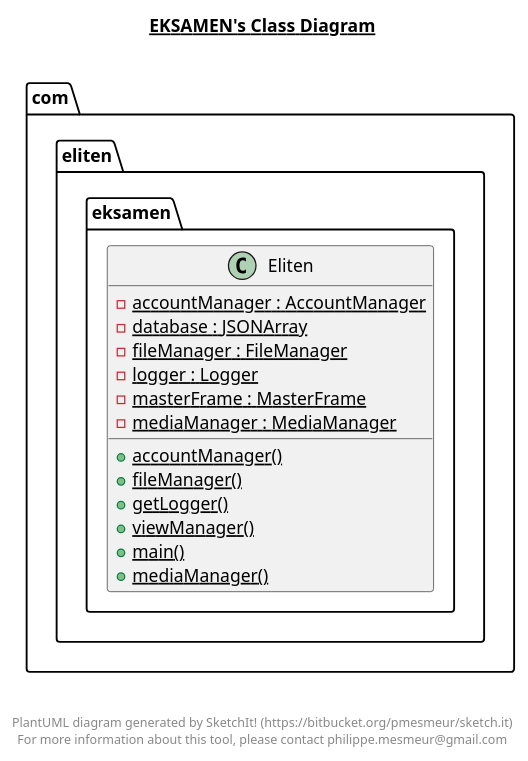
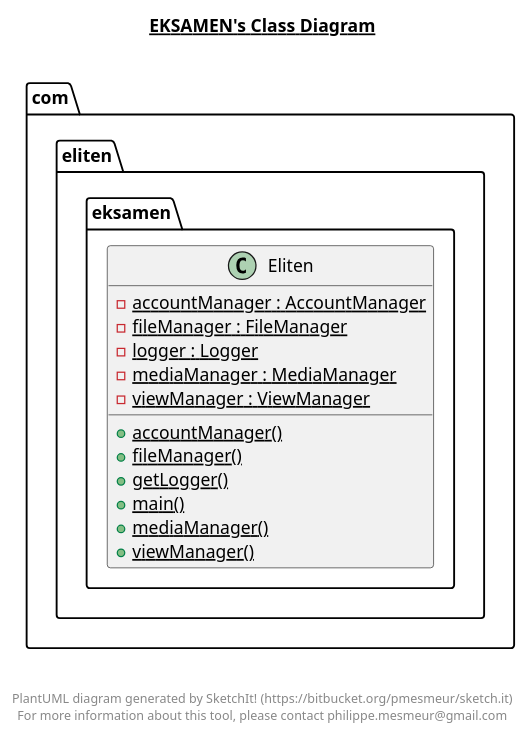
One commit to BE-CH/ITU-ExamProject2020-Streaming-Service changed the diagram in src/main/java/com/eliten/eksamen/eksamen.plantuml. Above: the diagram before and after it, drawn with PlantUML. The commit also changed 4 other files, not shown here.

Commit message:
updated the UML Files

```diff
--- a/src/main/java/com/eliten/eksamen/eksamen.plantuml
+++ b/src/main/java/com/eliten/eksamen/eksamen.plantuml
@@ -1,32 +1,31 @@
 @startuml
 
 title __EKSAMEN's Class Diagram__\n
 
   namespace com.eliten.eksamen {
     class com.eliten.eksamen.Eliten {
         {static} - accountManager : AccountManager
-        {static} - database : JSONArray
         {static} - fileManager : FileManager
         {static} - logger : Logger
-        {static} - masterFrame : MasterFrame
         {static} - mediaManager : MediaManager
+        {static} - viewManager : ViewManager
         {static} + accountManager()
         {static} + fileManager()
         {static} + getLogger()
-        {static} + viewManager()
         {static} + main()
         {static} + mediaManager()
+        {static} + viewManager()
     }
   }
   
 
 
 
 right footer
 
 
 PlantUML diagram generated by SketchIt! (https://bitbucket.org/pmesmeur/sketch.it)
 For more information about this tool, please contact philippe.mesmeur@gmail.com
 endfooter
 
 @enduml
```
